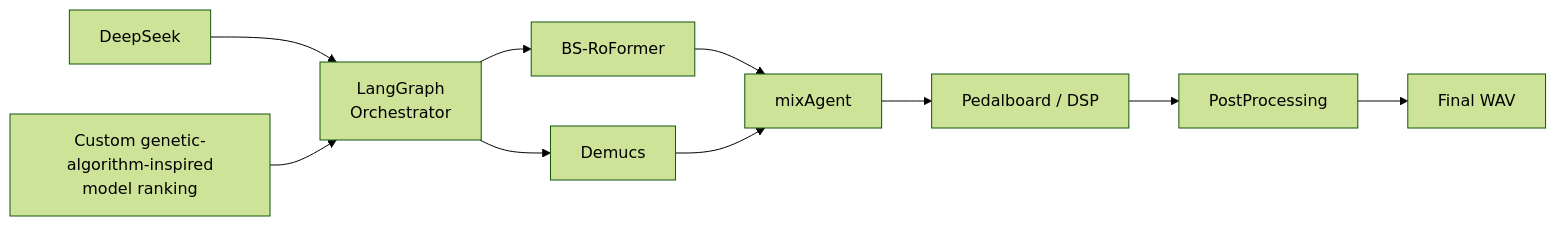
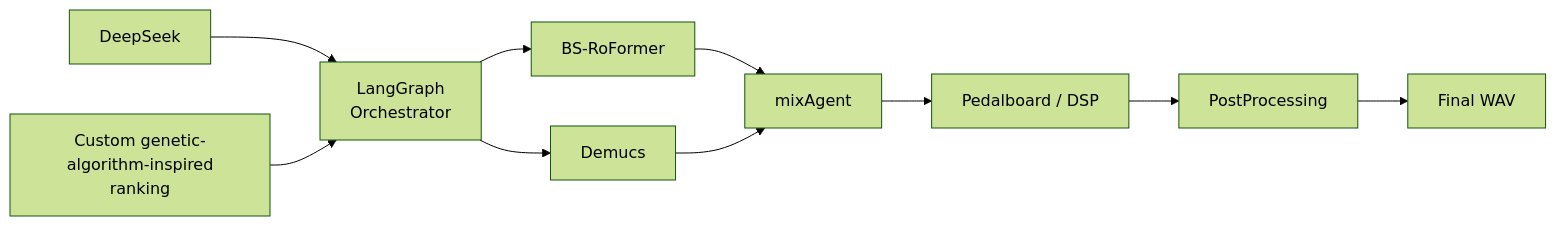
One commit to wgrzyb271/SoundCraft changed the tenth of 10 diagrams in README.md. Above: the diagram before and after it, drawn with Mermaid (forest theme). The commit also changed other lines of this file, not shown here.

````diff
--- a/README.md
+++ b/README.md
@@ -1040,21 +561,16 @@
 ```mermaid
 flowchart LR
-    D["DeepSeek"]
+    D["DeepSeek"] --> L["LangGraph<br/>Orchestrator"]
 
-    D --> L["LangGraph<br/>Orchestrator"]
-
-    R["Custom genetic-algorithm-inspired<br/>model ranking"] --> L
+    R["Custom genetic-algorithm-inspired<br/>ranking"] --> L
 
     L --> B["BS-RoFormer"]
-
     L --> M["Demucs"]
 
     B --> MX["mixAgent"]
     M --> MX
 
     MX --> DSP["Pedalboard / DSP"]
-
     DSP --> PP["PostProcessing"]
-
     PP --> WAV["Final WAV"]
 ```
````
